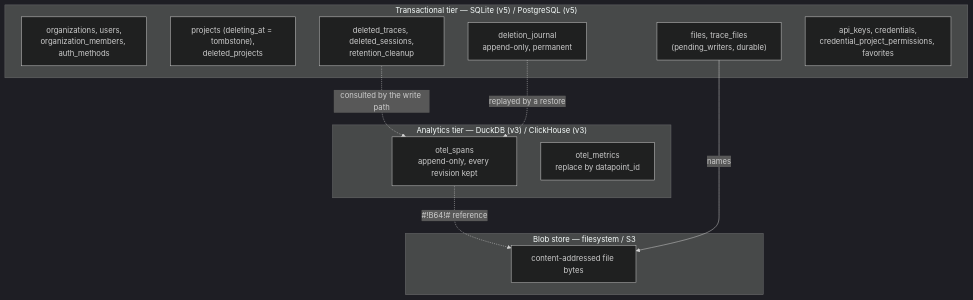
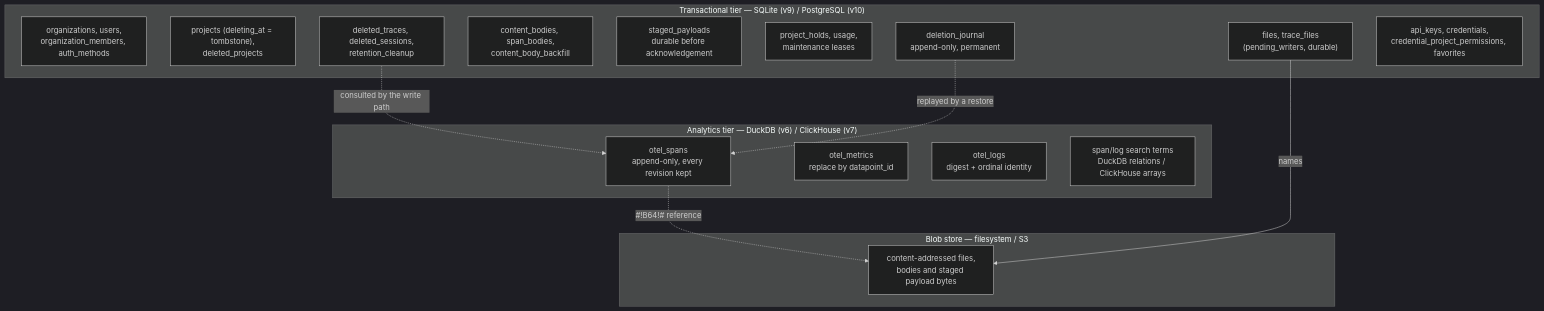
One commit to sideseat/sideseat changed the third of 11 diagrams in PLAN.md. Above: the diagram before and after it, drawn with Mermaid (dark theme). The commit also changed other lines of this file, not shown here.

````diff
--- a/PLAN.md
+++ b/PLAN.md
@@ -365,23 +365,28 @@
 ```mermaid
 graph TB
-    subgraph analytics["Analytics tier — DuckDB (v3) / ClickHouse (v3)"]
+    subgraph analytics["Analytics tier — DuckDB (v6) / ClickHouse (v7)"]
         spans["otel_spans<br/>append-only, every revision kept"]
         metrics["otel_metrics<br/>replace by datapoint_id"]
+        logs["otel_logs<br/>digest + ordinal identity"]
+        terms["span/log search terms<br/>DuckDB relations / ClickHouse arrays"]
     end
-    subgraph transactional["Transactional tier — SQLite (v5) / PostgreSQL (v5)"]
+    subgraph transactional["Transactional tier — SQLite (v9) / PostgreSQL (v10)"]
         orgs["organizations, users,<br/>organization_members, auth_methods"]
         projects["projects (deleting_at = tombstone),<br/>deleted_projects"]
         files["files, trace_files<br/>(pending_writers, durable)"]
+        bodies["content_bodies, span_bodies,<br/>content_body_backfill"]
+        staging["staged_payloads<br/>durable before acknowledgement"]
+        governance["project_holds, usage,<br/>maintenance leases"]
         tombs["deleted_traces, deleted_sessions,<br/>retention_cleanup"]
         journal["deletion_journal<br/>append-only, permanent"]
         keys["api_keys, credentials,<br/>credential_project_permissions, favorites"]
     end
     subgraph blobs["Blob store — filesystem / S3"]
-        content["content-addressed file bytes"]
+        content["content-addressed files,<br/>bodies and staged payload bytes"]
     end
 
     spans -.->|"#!B64!# reference"| content
     files -->|"names"| content
     tombs -.->|"consulted by the write path"| spans
     journal -.->|"replayed by a restore"| spans
 ```
````
